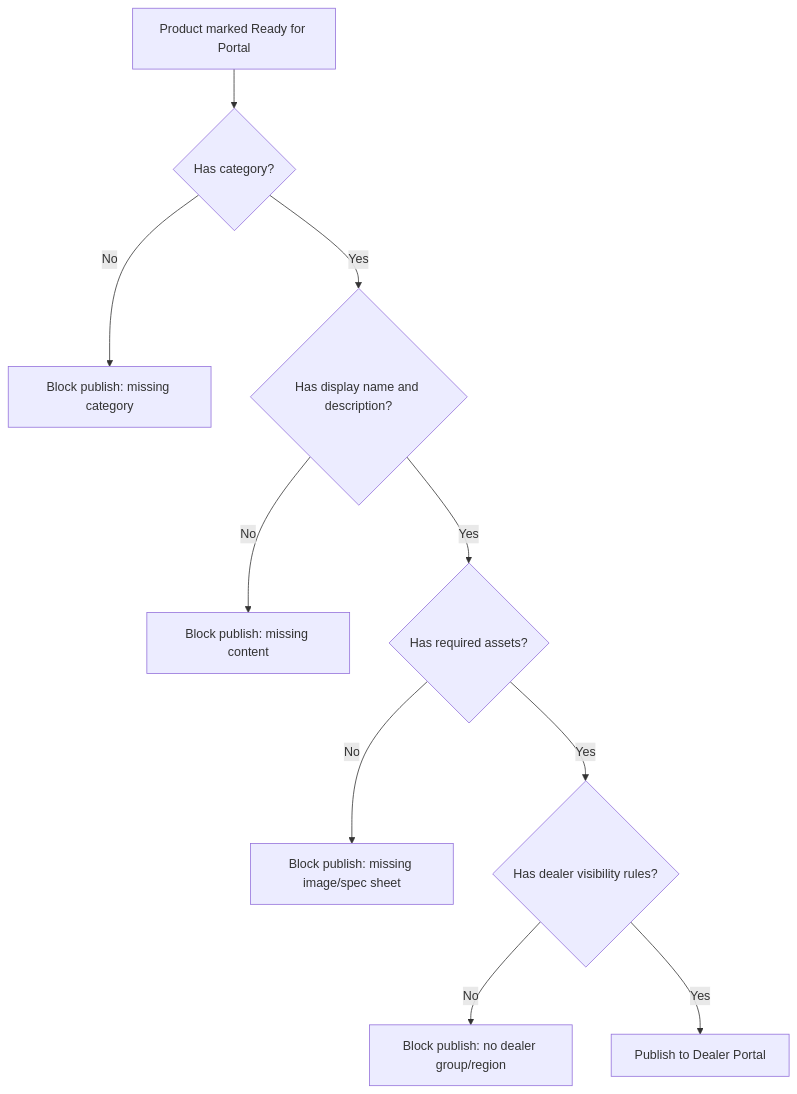
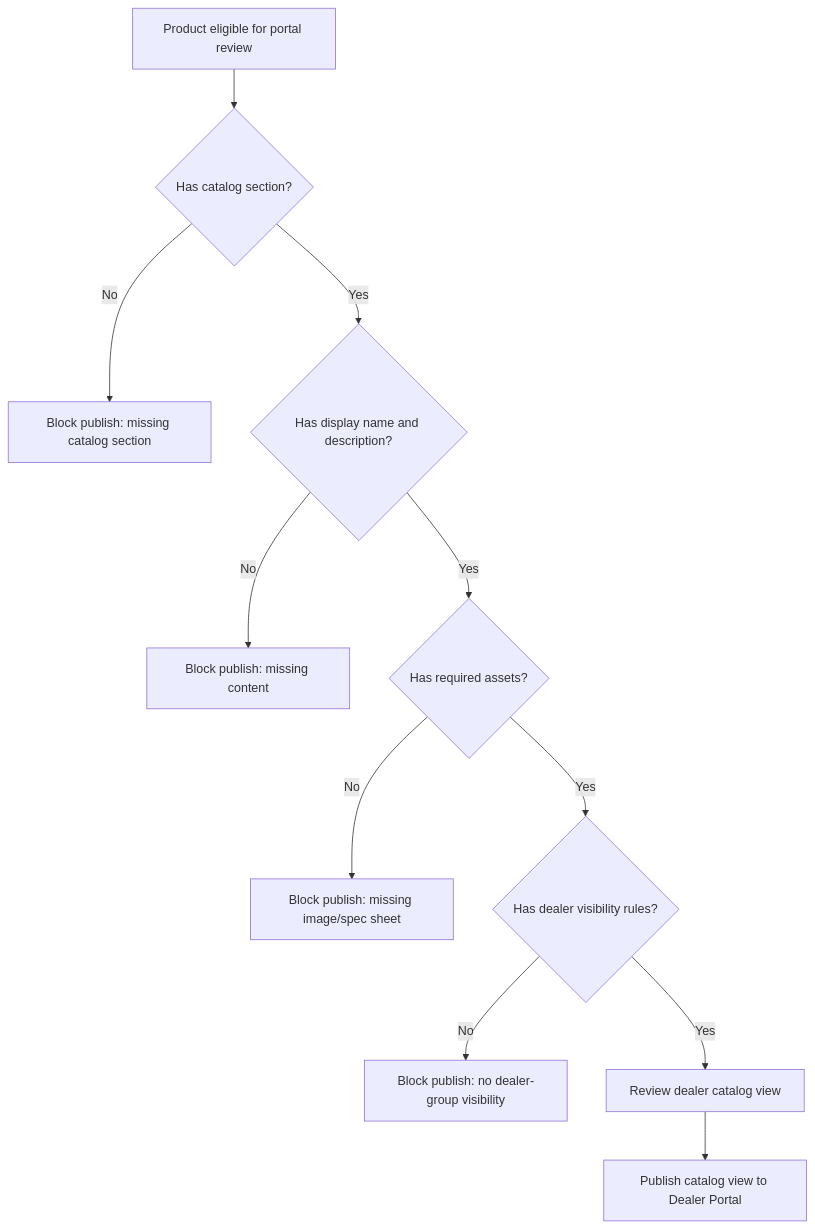
Before and after one commit to ahmadhassan91/dynamic-aqs-pulse-platform: the sixth of 8 diagrams in docs/PRODUCT_MANAGEMENT_END_TO_END_PRD_2026-05-01.md, drawn with Mermaid. The commit also changed other lines of this file and 7 other files, not shown here.

Commit message:
Clarify product publish handoff

````diff
--- a/docs/PRODUCT_MANAGEMENT_END_TO_END_PRD_2026-05-01.md
+++ b/docs/PRODUCT_MANAGEMENT_END_TO_END_PRD_2026-05-01.md
@@ -228,12 +229,13 @@
 ```mermaid
 flowchart TD
-    A["Product marked Ready for Portal"] --> B{"Has category?"}
-    B -- No --> X["Block publish: missing category"]
+    A["Product eligible for portal review"] --> B{"Has catalog section?"}
+    B -- No --> X["Block publish: missing catalog section"]
     B -- Yes --> C{"Has display name and description?"}
     C -- No --> Y["Block publish: missing content"]
     C -- Yes --> D{"Has required assets?"}
     D -- No --> Z["Block publish: missing image/spec sheet"]
     D -- Yes --> E{"Has dealer visibility rules?"}
-    E -- No --> W["Block publish: no dealer group/region"]
-    E -- Yes --> F["Publish to Dealer Portal"]
+    E -- No --> W["Block publish: no dealer-group visibility"]
+    E -- Yes --> F["Review dealer catalog view"]
+    F --> G["Publish catalog view to Dealer Portal"]
 ```
````
